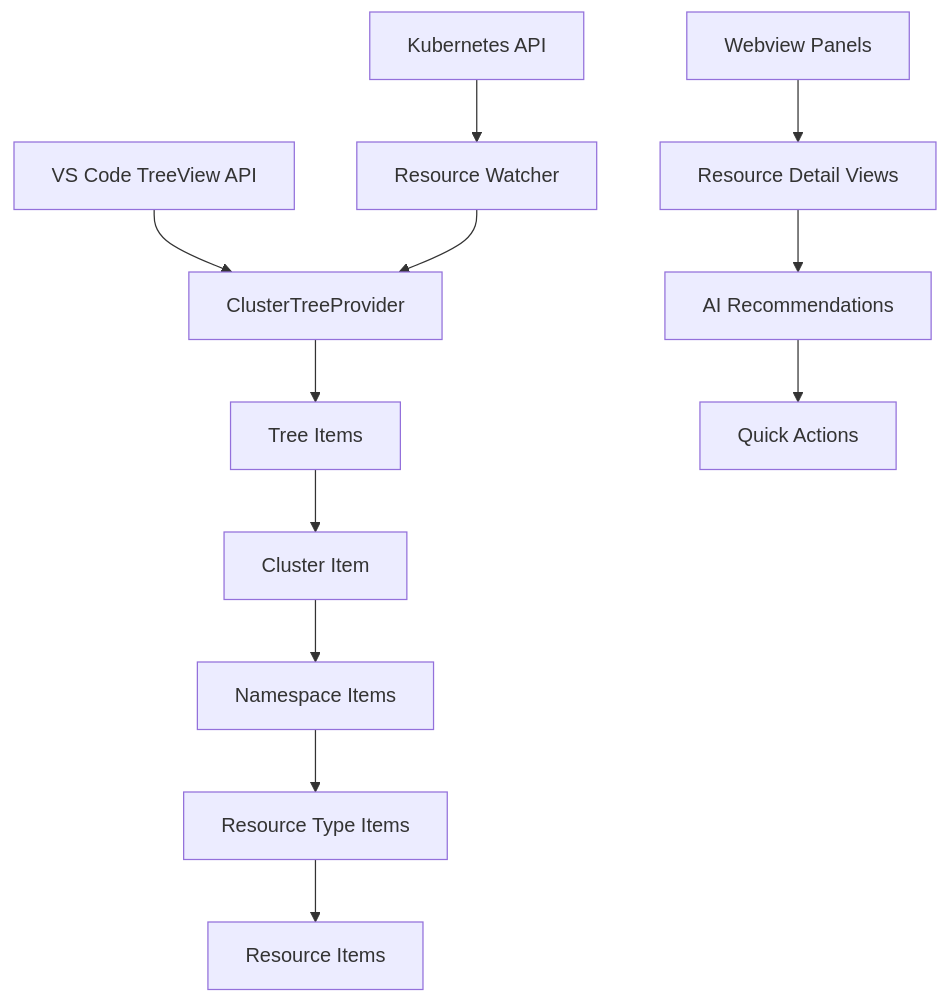
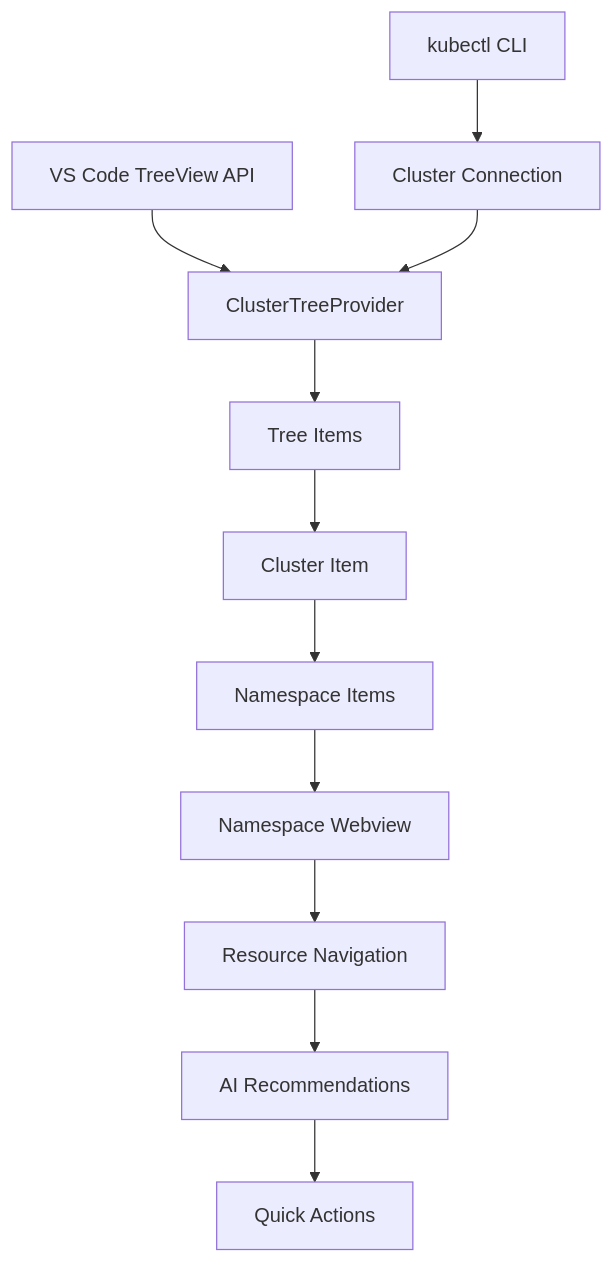
The first of 2 diagrams in ai/specs/tree-view-spec.spec.md (alto9/kandy), drawn with Mermaid before and after one commit. The commit also changed other lines of this file and 23 other files, not shown here.

````diff
--- a/ai/specs/tree-view-spec.spec.md
+++ b/ai/specs/tree-view-spec.spec.md
@@ -14,16 +14,15 @@
 ```mermaid
 graph TD
     A[VS Code TreeView API] --> B[ClusterTreeProvider]
     B --> C[Tree Items]
     C --> D[Cluster Item]
     D --> E[Namespace Items]
-    E --> F[Resource Type Items]
-    F --> G[Resource Items]
+    E --> F[Namespace Webview]
 
-    H[Webview Panels] --> I[Resource Detail Views]
-    I --> J[AI Recommendations]
-    J --> K[Quick Actions]
+    F --> G[Resource Navigation]
+    G --> H[AI Recommendations]
+    H --> I[Quick Actions]
 
-    L[Kubernetes API] --> M[Resource Watcher]
-    M --> B
+    J[kubectl CLI] --> K[Cluster Connection]
+    K --> B
 ```
````
